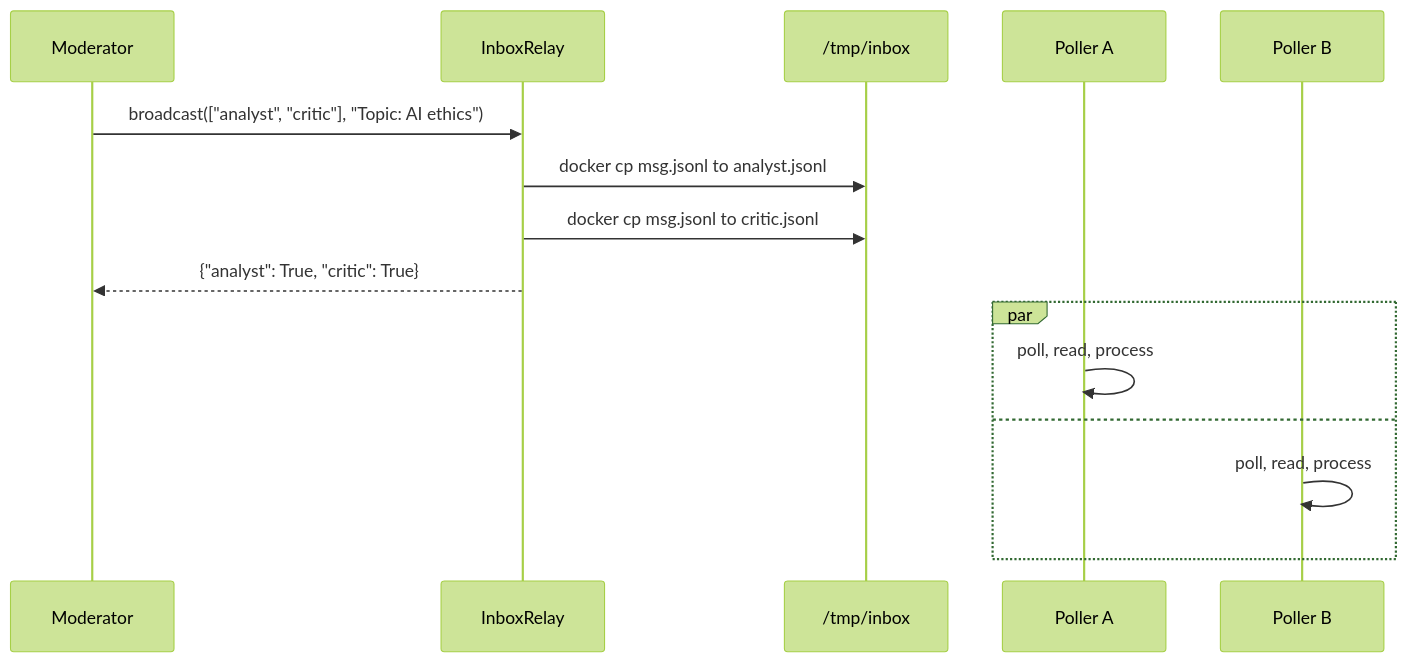
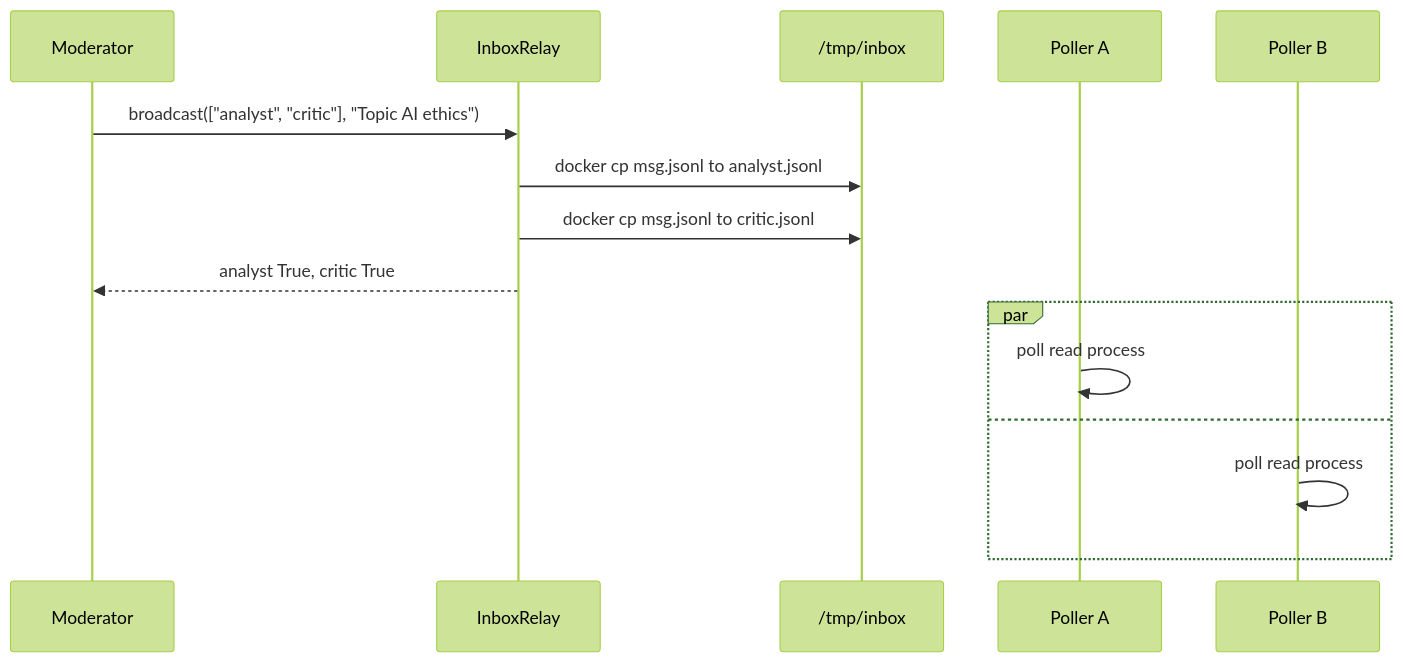
Before and after one commit to wangsen992/agentia: the fourth of 6 diagrams in specs/005_relay_inbox_diagrams.md, drawn with Mermaid (forest theme). The commit also changed other lines of this file, not shown here.

Commit message:
Rewrite diagrams file cleanly — fix Mermaid fence collision

````diff
--- a/specs/005_relay_inbox_diagrams.md
+++ b/specs/005_relay_inbox_diagrams.md
@@ -86,18 +76,18 @@
 ```mermaid
 sequenceDiagram
     participant M as Moderator
     participant IR as InboxRelay
     participant FS as /tmp/inbox
     participant PA as Poller A
     participant PB as Poller B
 
-    M->>IR: broadcast(["analyst", "critic"], "Topic: AI ethics")
+    M->>IR: broadcast(["analyst", "critic"], "Topic AI ethics")
     IR->>FS: docker cp msg.jsonl to analyst.jsonl
     IR->>FS: docker cp msg.jsonl to critic.jsonl
-    IR-->>M: {"analyst": True, "critic": True}
+    IR-->>M: analyst True, critic True
     Par
-        PA->>PA: poll, read, process
+        PA->>PA: poll read process
     and
-        PB->>PB: poll, read, process
+        PB->>PB: poll read process
     End
 ```
````
